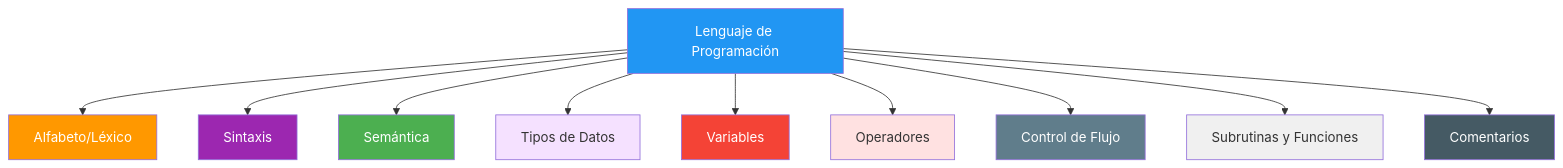
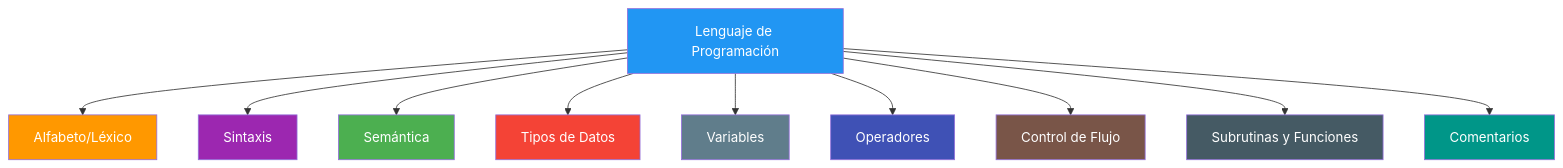
One commit to joseluisgs/EntornosDesarrollo-01-2026-2027 changed the first of 6 diagrams in 05-lenguajes-programacion.md. Above: the diagram before and after it, drawn with Mermaid. The commit also changed other lines of this file, not shown here.

````diff
--- a/05-lenguajes-programacion.md
+++ b/05-lenguajes-programacion.md
@@ -63,23 +78,23 @@
 ```mermaid
 graph TB
     A[Lenguaje de Programación] --> B[Alfabeto/Léxico]
     A --> C[Sintaxis]
     A --> D[Semántica]
     A --> E[Tipos de Datos]
     A --> F[Variables]
     A --> G[Operadores]
     A --> H[Control de Flujo]
     A --> I[Subrutinas y Funciones]
     A --> J[Comentarios]
 
     style A fill:#2196F3,color:#fff
     style B fill:#FF9800,color:#fff
     style C fill:#9C27B0,color:#fff
     style D fill:#4CAF50,color:#fff
-    style E fill:#f5e1ff
-    style F fill:#f44336,color:#fff
-    style G fill:#ffe1e1
-    style H fill:#607D8B,color:#fff
-    style I fill:#f0f0f0
-    style J fill:#455A64,color:#fff
+    style E fill:#f44336,color:#fff
+    style F fill:#607D8B,color:#fff
+    style G fill:#3F51B5,color:#fff
+    style H fill:#795548,color:#fff
+    style I fill:#455A64,color:#fff
+    style J fill:#009688,color:#fff
 ```
````
